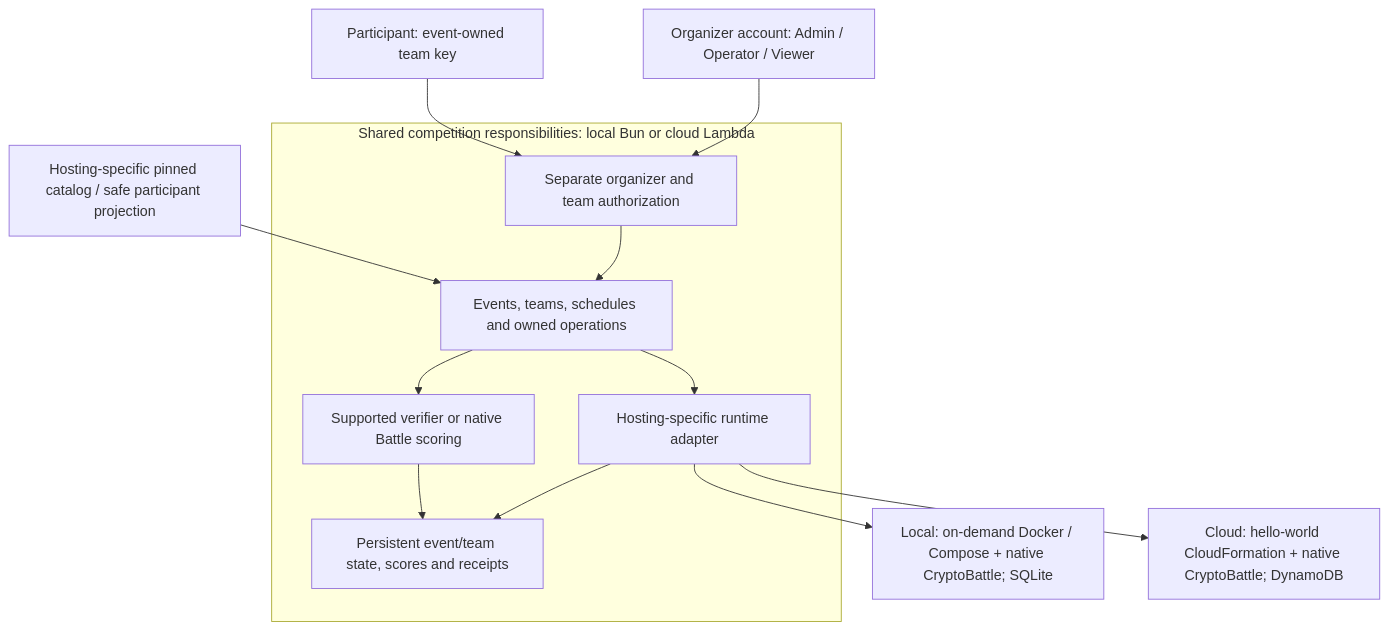
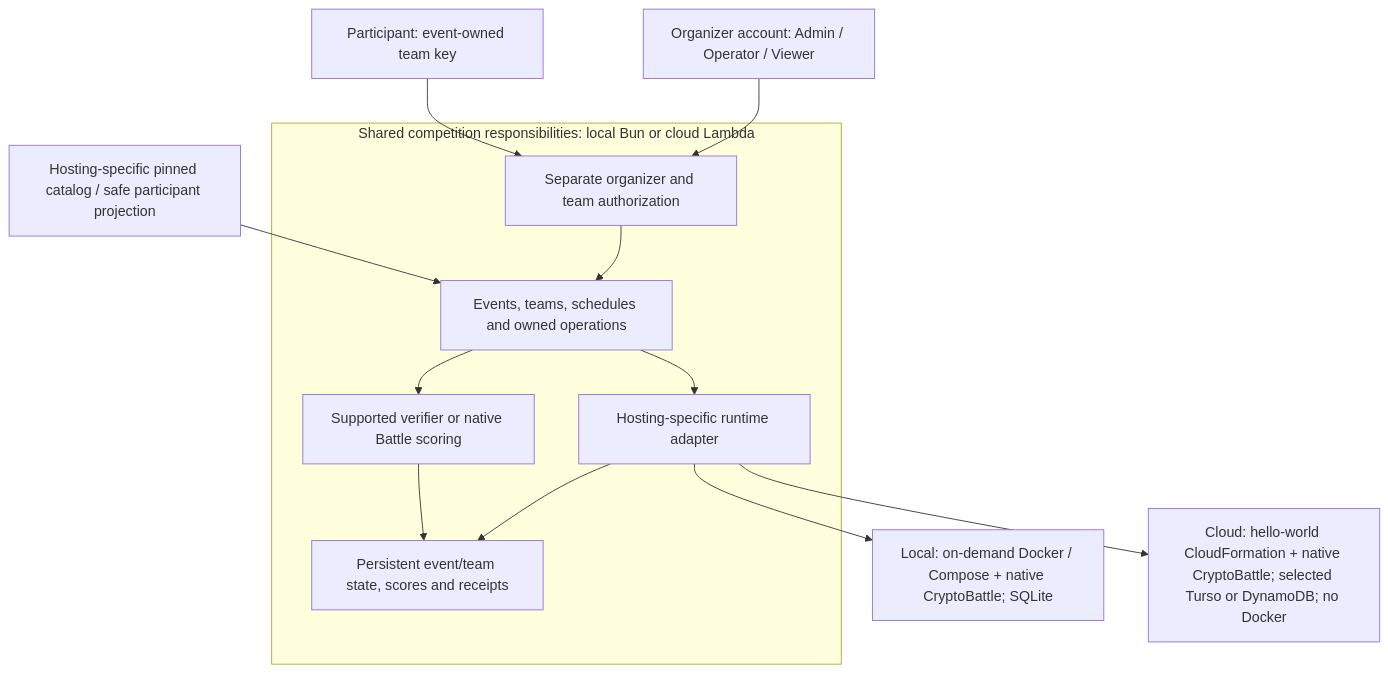
The diagram in docs/architecture/diagrams/logical.mmd (susumutomita/TenkaCloud), drawn with Mermaid before and after one commit. The commit also changed 250 other files, not shown here.

```diff
--- a/docs/architecture/diagrams/logical.mmd
+++ b/docs/architecture/diagrams/logical.mmd
@@ -1,23 +1,23 @@
 flowchart TB
   Organizer["Organizer account: Admin / Operator / Viewer"]
   Team["Participant: event-owned team key"]
   subgraph Host["Shared competition responsibilities: local Bun or cloud Lambda"]
     Auth["Separate organizer and team authorization"]
     Event["Events, teams, schedules and owned operations"]
     Runtime["Hosting-specific runtime adapter"]
     Score["Supported verifier or native Battle scoring"]
     Store["Persistent event/team state, scores and receipts"]
   end
   Catalog["Hosting-specific pinned catalog / safe participant projection"]
   Local["Local: on-demand Docker / Compose + native CryptoBattle; SQLite"]
-  Cloud["Cloud: hello-world CloudFormation + native CryptoBattle; DynamoDB"]
+  Cloud["Cloud: hello-world CloudFormation + native CryptoBattle; selected Turso or DynamoDB; no Docker"]
   Organizer --> Auth
   Team --> Auth
   Auth --> Event
   Event --> Runtime
   Event --> Score
   Catalog --> Event
   Runtime --> Store
   Score --> Store
   Runtime --> Local
   Runtime --> Cloud
```
